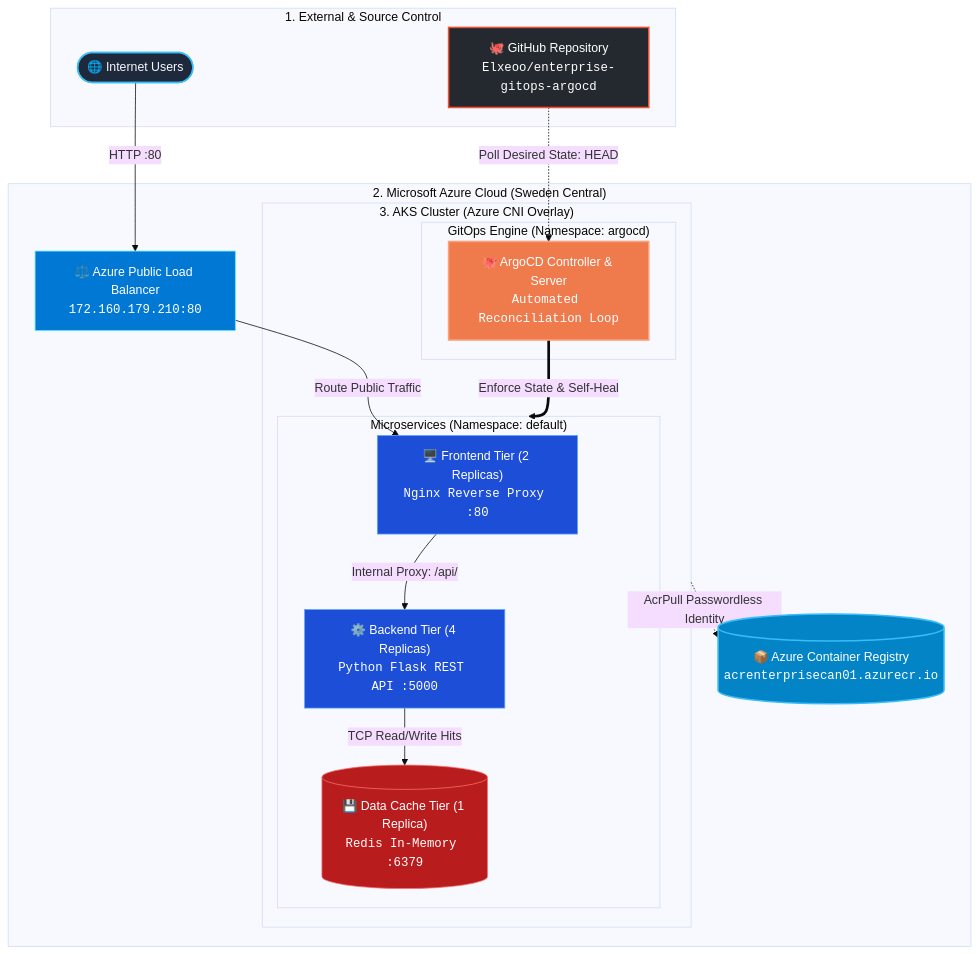
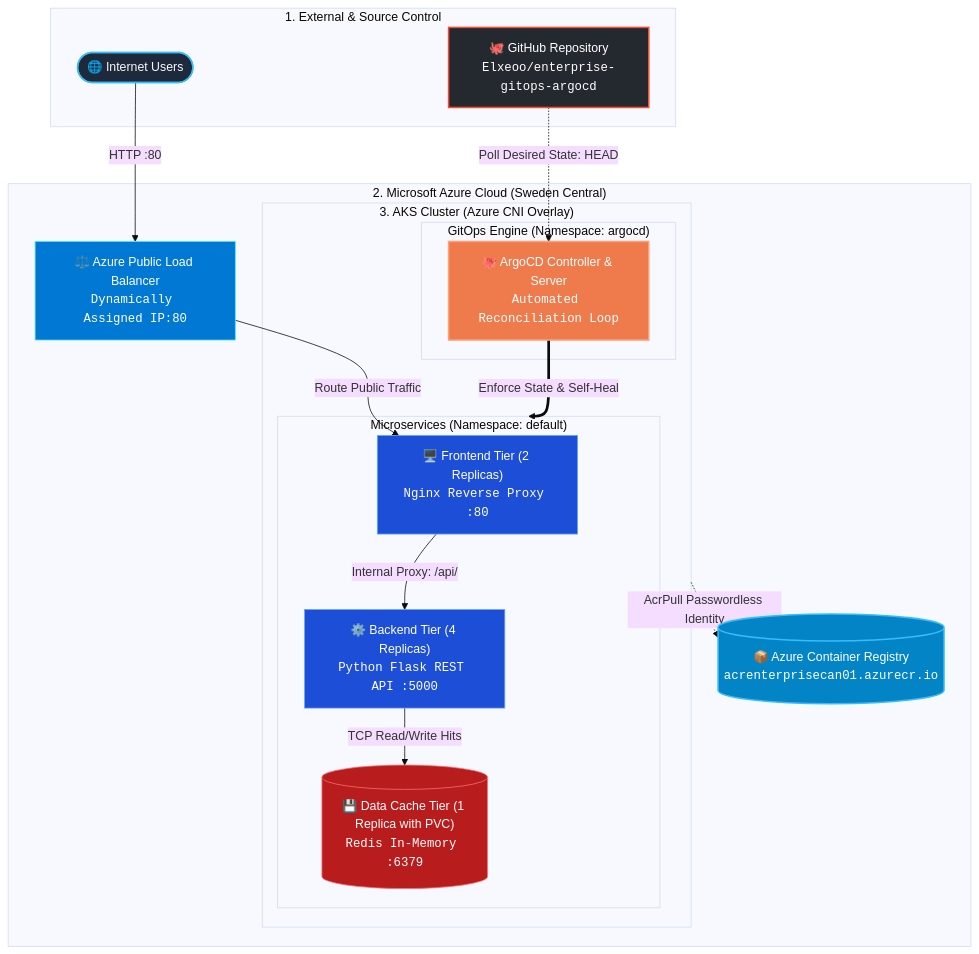
One commit to Elxeoo/enterprise-gitops-argocd changed the diagram in README.md. Above: the diagram before and after it, drawn with Mermaid (base theme). The commit also changed other lines of this file and 7 other files, not shown here.

````diff
--- a/README.md
+++ b/README.md
@@ -26,49 +26,49 @@
 ```mermaid
 flowchart TD
     %% Clients & Git
     subgraph External_Layer ["1. External & Source Control"]
         Users(["🌐 Internet Users"]):::client
         GitRepo["🐙 GitHub Repository<br/><code>Elxeoo/enterprise-gitops-argocd</code>"]:::git
     end
 
     %% Cloud Infrastructure
     subgraph Azure_Cloud ["2. Microsoft Azure Cloud (Sweden Central)"]
-        ALB["⚖️ Azure Public Load Balancer<br/><code>172.160.179.210:80</code>"]:::azure
+        ALB["⚖️ Azure Public Load Balancer<br/><code>Dynamically Assigned IP:80</code>"]:::azure
         ACR[("📦 Azure Container Registry<br/><code>acrenterprisecan01.azurecr.io</code>")]:::acr
 
         %% Kubernetes Cluster
         subgraph AKS_Cluster ["3. AKS Cluster (Azure CNI Overlay)"]
             subgraph Control_Plane ["GitOps Engine (Namespace: argocd)"]
                 ArgoCD["🐙 ArgoCD Controller & Server<br/><code>Automated Reconciliation Loop</code>"]:::argo
             end
 
             subgraph App_Workload ["Microservices (Namespace: default)"]
                 FE["🖥️ Frontend Tier (2 Replicas)<br/><code>Nginx Reverse Proxy :80</code>"]:::k8s
                 BE["⚙️ Backend Tier (4 Replicas)<br/><code>Python Flask REST API :5000</code>"]:::k8s
-                Redis[("💾 Data Cache Tier (1 Replica)<br/><code>Redis In-Memory :6379</code>")]:::db
+                Redis[("💾 Data Cache Tier (1 Replica with PVC)<br/><code>Redis In-Memory :6379</code>")]:::db
             end
         end
     end
 
     %% Ingress & Microservice Traffic Flow
     Users -->|HTTP :80| ALB
     ALB -->|Route Public Traffic| FE
     FE -->|Internal Proxy: /api/| BE
     BE -->|TCP Read/Write Hits| Redis
 
     %% GitOps Reconciliation Flow
     GitRepo -.->|Poll Desired State: HEAD| ArgoCD
     ArgoCD ==>|Enforce State & Self-Heal| App_Workload
 
     %% Managed Identity Authentication
     AKS_Cluster -.->|AcrPull Passwordless Identity| ACR
 
     %% Node Styles
     classDef client fill:#1e293b,stroke:#38bdf8,stroke-width:2px,color:#f8fafc;
     classDef git fill:#24292f,stroke:#f05032,stroke-width:2px,color:#ffffff;
     classDef azure fill:#0078d4,stroke:#50e6ff,stroke-width:1px,color:#ffffff;
     classDef acr fill:#0284c7,stroke:#38bdf8,stroke-width:2px,color:#ffffff;
     classDef argo fill:#ef7b4d,stroke:#ffa07a,stroke-width:2px,color:#ffffff;
     classDef k8s fill:#1d4ed8,stroke:#60a5fa,stroke-width:1px,color:#ffffff;
     classDef db fill:#b91c1c,stroke:#f87171,stroke-width:1px,color:#ffffff;
 ```
````
